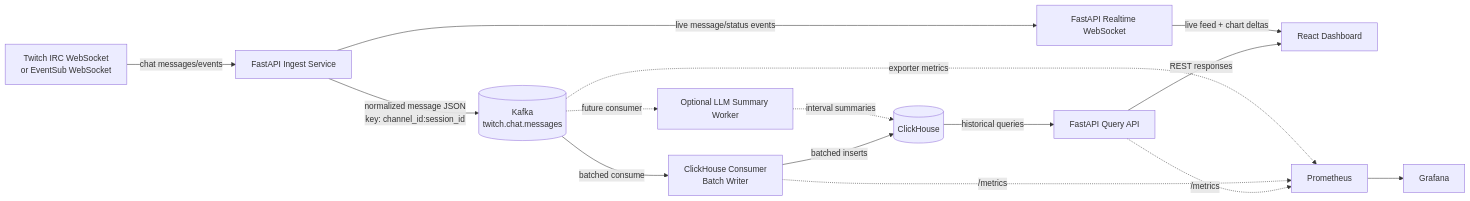
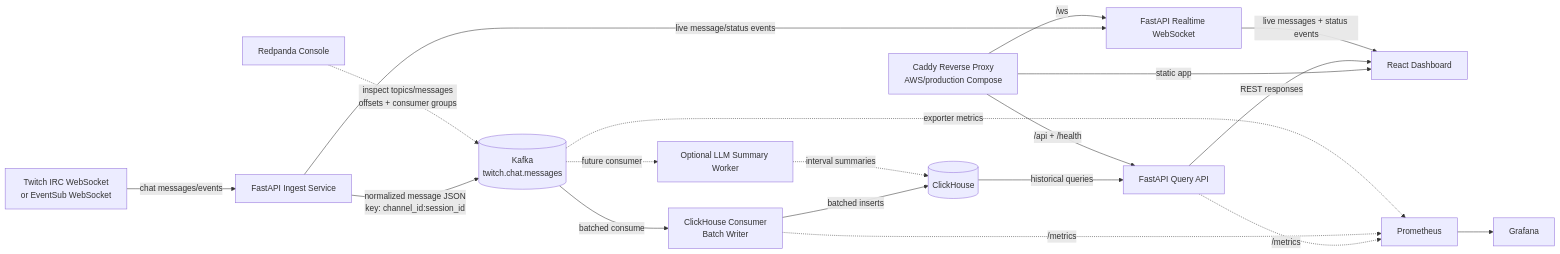
One commit to uwdivad/twitch_analyze changed the first of 4 diagrams in docs/project-flow.md. Above: the diagram before and after it, drawn with Mermaid. The commit also changed other lines of this file and 29 other files, not shown here.

````diff
--- a/docs/project-flow.md
+++ b/docs/project-flow.md
@@ -5,33 +5,39 @@
 ```mermaid
 flowchart LR
     twitch[Twitch IRC WebSocket<br/>or EventSub WebSocket]
     ingest[FastAPI Ingest Service]
     kafka[(Kafka<br/>twitch.chat.messages)]
     consumer[ClickHouse Consumer<br/>Batch Writer]
     clickhouse[(ClickHouse)]
+    caddy[Caddy Reverse Proxy<br/>AWS/production Compose]
     api[FastAPI Query API]
     realtime[FastAPI Realtime WebSocket]
     react[React Dashboard]
     llm[Optional LLM Summary Worker]
+    console[Redpanda Console]
     prometheus[Prometheus]
     grafana[Grafana]
 
     twitch -->|chat messages/events| ingest
     ingest -->|normalized message JSON<br/>key: channel_id:session_id| kafka
     ingest -->|live message/status events| realtime
 
     kafka -->|batched consume| consumer
     consumer -->|batched inserts| clickhouse
+    console -.->|inspect topics/messages<br/>offsets + consumer groups| kafka
 
     kafka -.->|future consumer| llm
     llm -.->|interval summaries| clickhouse
 
     clickhouse -->|historical queries| api
+    caddy -->|/api + /health| api
+    caddy -->|/ws| realtime
+    caddy -->|static app| react
     api -->|REST responses| react
-    realtime -->|live feed + chart deltas| react
+    realtime -->|live messages + status events| react
 
     api -.->|/metrics| prometheus
     consumer -.->|/metrics| prometheus
     kafka -.->|exporter metrics| prometheus
     prometheus --> grafana
 ```
````
